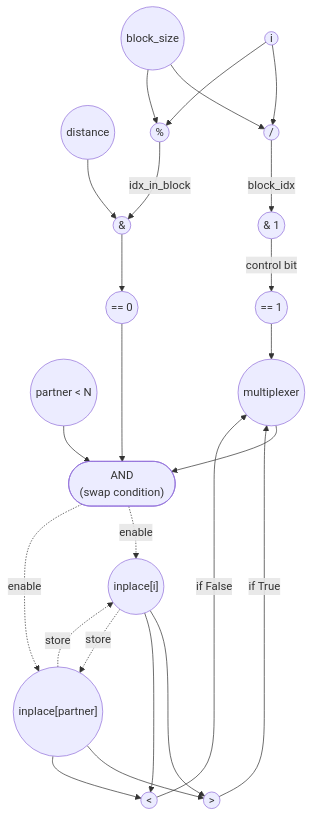
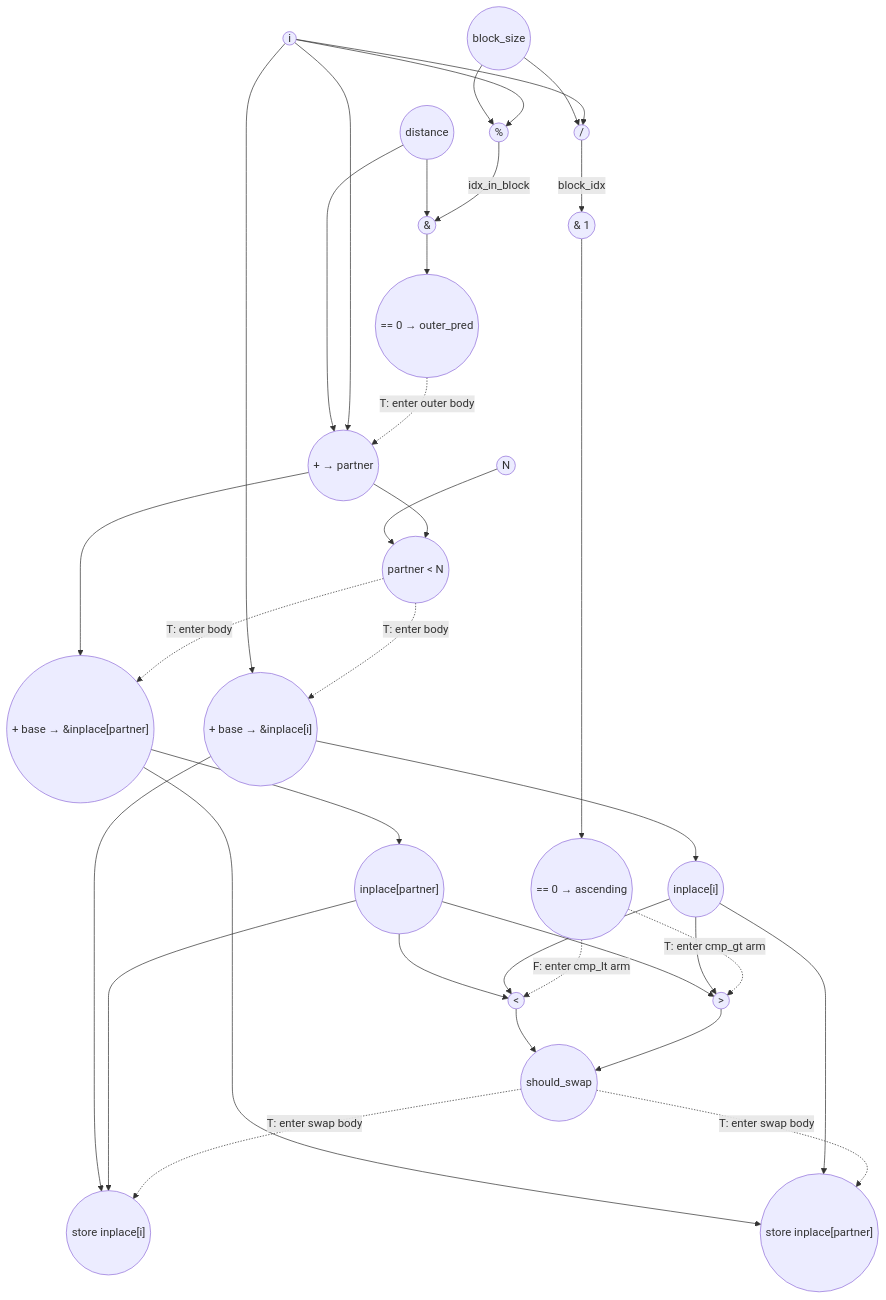
The diagram in tests/app/bitonic_stage/bitonic_stage_eval.md (PolyArch/loom), drawn with Mermaid before and after one commit. The commit also changed other lines of this file and 2 other files, not shown here.

Commit message:
all current kernels no longer have predication

````diff
--- a/tests/app/bitonic_stage/bitonic_stage_eval.md
+++ b/tests/app/bitonic_stage/bitonic_stage_eval.md
@@ -87,58 +101,88 @@
 ```mermaid
 graph TD
-  %% Inputs
-  i(("i"))
-  block_size(("block_size"))
-  inplace_i(("inplace[i]"))
-  distance(("distance"))
-  inplace_p(("inplace[partner]"))
+%% Inputs
+i(("i"))
+block_size(("block_size"))
+distance(("distance"))
+N_val(("N"))
+inplace_i(("inplace[i]"))
+inplace_p(("inplace[partner]"))
 
-  %% Control-predicate chain
-  div((" / "))
-  mod((" % "))
-  band_asc((" & 1 "))
-  cmp_asc((" == 1 "))
-  band_pred((" & "))
-  cmp_pred((" == 0 "))
-  cmp_in_bounds((" partner < N "))
+%% Unconditional compute (before outer if)
+div((" / "))
+mod((" % "))
+band_asc((" & 1 "))
+cmp_asc((" == 0 → ascending "))
+band_pred((" & "))
+cmp_pred((" == 0 → outer_pred "))
 
-  %% Data-compare chain
-  cmp_gt((" > "))
-  cmp_lt((" < "))
+%% Inside outer if
+add_partner((" + → partner "))
+cmp_in_bounds((" partner < N "))
 
-  sel_dir((" multiplexer "))
-  and_active(["AND<br>(swap condition)"])
+%% Inside partner<N body — addr-gens and loads
+addr_i((" + base → &inplace[i] "))
+addr_p((" + base → &inplace[partner] "))
 
-  %% block_idx = i / block_size; ascending = (block_idx & 1) == 0
-  i --> div & mod
-  block_size --> div & mod
-  div -->|block_idx| band_asc
-  band_asc -->|control bit| cmp_asc
-  cmp_asc --> sel_dir
+%% Inside if (ascending) body — only one fires per lane
+cmp_gt((" > "))
+cmp_lt((" < "))
 
-  %% predicate = (idx_in_block & distance) == 0
-  mod -->|idx_in_block| band_pred
-  distance --> band_pred
-  band_pred --> cmp_pred
+%% should_swap is the taken-arm cmp's output
+should_swap((" should_swap "))
 
-  %% in-bounds = partner < N (partner = i + distance, index arith — not a counted op) NOT SHOWN
+%% Stores (inside if (should_swap) body)
+st_i(("store inplace[i]"))
+st_p(("store inplace[partner]"))
 
-  %% Loaded values feed the direction-selected compare
-  inplace_i --> cmp_gt & cmp_lt
-  inplace_p --> cmp_gt & cmp_lt
-  cmp_gt -->|if True| sel_dir
-  cmp_lt -->|if False| sel_dir
+%% Unconditional dataflow
+i --> div & mod
+block_size --> div & mod
+div -->|block_idx| band_asc
+band_asc --> cmp_asc
+mod -->|idx_in_block| band_pred
+distance --> band_pred
+band_pred --> cmp_pred
 
-  %% Final swap-enable
-  cmp_pred --> and_active
-  cmp_in_bounds --> and_active
-  sel_dir --> and_active
+%% Outer gate: partner = i + distance lives inside outer body
+cmp_pred -. T: enter outer body .-> add_partner
+i --> add_partner
+distance --> add_partner
 
-  %% Predicated swap stores
-  inplace_p -.store.-> inplace_i
-  inplace_i -.store.-> inplace_p
-  and_active -.enable.-> inplace_i
-  and_active -.enable.-> inplace_p
+%% Partner bound check
+add_partner --> cmp_in_bounds
+N_val --> cmp_in_bounds
 
-  %% Critical Path N/A — feed-forward only (II = 1)
+%% partner<N gate: addr-gens live inside its body
+cmp_in_bounds -. T: enter body .-> addr_i
+cmp_in_bounds -. T: enter body .-> addr_p
+i --> addr_i
+add_partner --> addr_p
+
+%% Loads
+addr_i --> inplace_i
+addr_p --> inplace_p
+
+%% if (ascending) gate: only the taken-arm cmp fires
+cmp_asc -. T: enter cmp_gt arm .-> cmp_gt
+cmp_asc -. F: enter cmp_lt arm .-> cmp_lt
+inplace_i --> cmp_gt & cmp_lt
+inplace_p --> cmp_gt & cmp_lt
+
+%% should_swap = taken-arm cmp's output
+cmp_gt --> should_swap
+cmp_lt --> should_swap
+
+%% if (should_swap) gate: stores wait for should_swap
+should_swap -. T: enter swap body .-> st_i
+should_swap -. T: enter swap body .-> st_p
+
+%% Store values flow from already-loaded array elements; addr reused from C9
+inplace_p --> st_i
+inplace_i --> st_p
+addr_i --> st_i
+addr_p --> st_p
+
+%% Critical path (12-cycle body): load pass → 1<<pass=distance → idx_in_block & distance → ==0 → outer_pred → partner add → partner<N → addr_p → load inplace_p → cmp → should_swap → store
+%% Highlighted: band_pred→cmp_pred, gate cmp_pred→add_partner, add_partner→cmp_in_bounds, gate cmp_in_bounds→addr_p, addr_p→inplace_p, inplace_p→cmp_gt/lt, cmp_gt/lt→should_swap, gate should_swap→st, store edges
 ```
````
